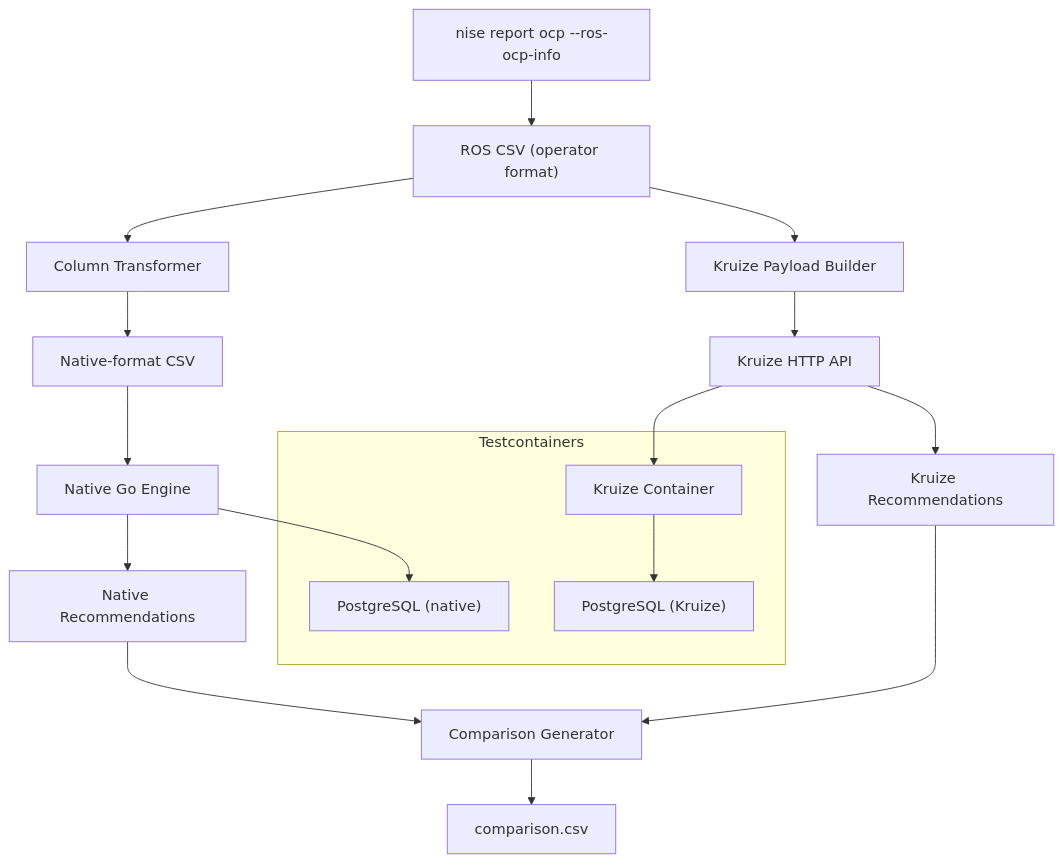
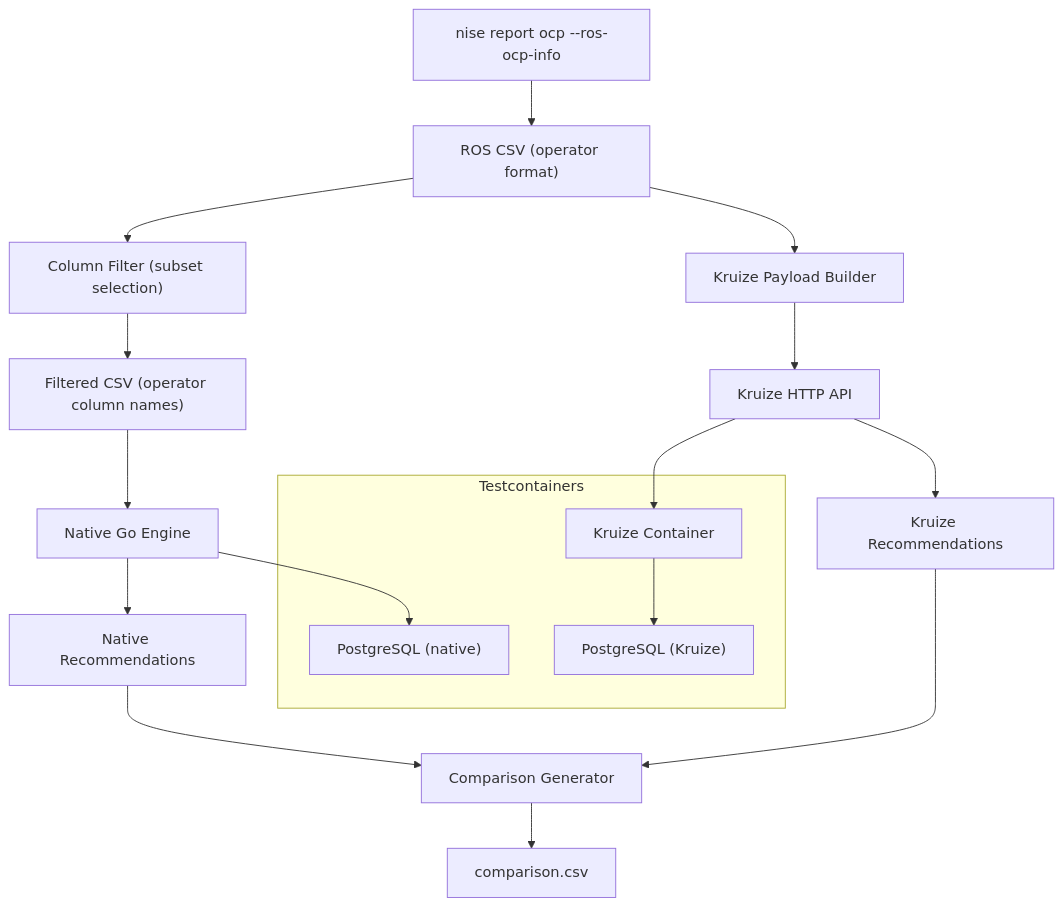
The second of 2 diagrams in docs-site/testing/validating-native-engine.md (pgarciaq/ros-ocp-backend), drawn with Mermaid before and after one commit. The commit also changed other lines of this file and 1 other file, not shown here.

First line of the commit message:
Fix stale column-rename references in compare tool docs

````diff
--- a/docs-site/testing/validating-native-engine.md
+++ b/docs-site/testing/validating-native-engine.md
@@ -1660,27 +1660,27 @@
 ```mermaid
 flowchart TD
     nise["nise report ocp --ros-ocp-info"] --> rosCSV["ROS CSV (operator format)"]
-    rosCSV --> transformer["Column Transformer"]
-    transformer --> nativeCSV["Native-format CSV"]
+    rosCSV --> filter["Column Filter (subset selection)"]
+    filter --> filteredCSV["Filtered CSV (operator column names)"]
     rosCSV --> kruizeAdapter["Kruize Payload Builder"]
 
-    nativeCSV --> nativeEngine["Native Go Engine"]
+    filteredCSV --> nativeEngine["Native Go Engine"]
     kruizeAdapter --> kruizeAPI["Kruize HTTP API"]
 
     subgraph testcontainers [Testcontainers]
         pg1["PostgreSQL (native)"]
         pg2["PostgreSQL (Kruize)"]
         kruize["Kruize Container"]
     end
 
     nativeEngine --> pg1
     kruizeAPI --> kruize
     kruize --> pg2
 
     nativeEngine --> nativeRecs["Native Recommendations"]
     kruizeAPI --> kruizeRecs["Kruize Recommendations"]
 
     nativeRecs --> compare["Comparison Generator"]
     kruizeRecs --> compare
     compare --> spreadsheet["comparison.csv"]
 ```
````
